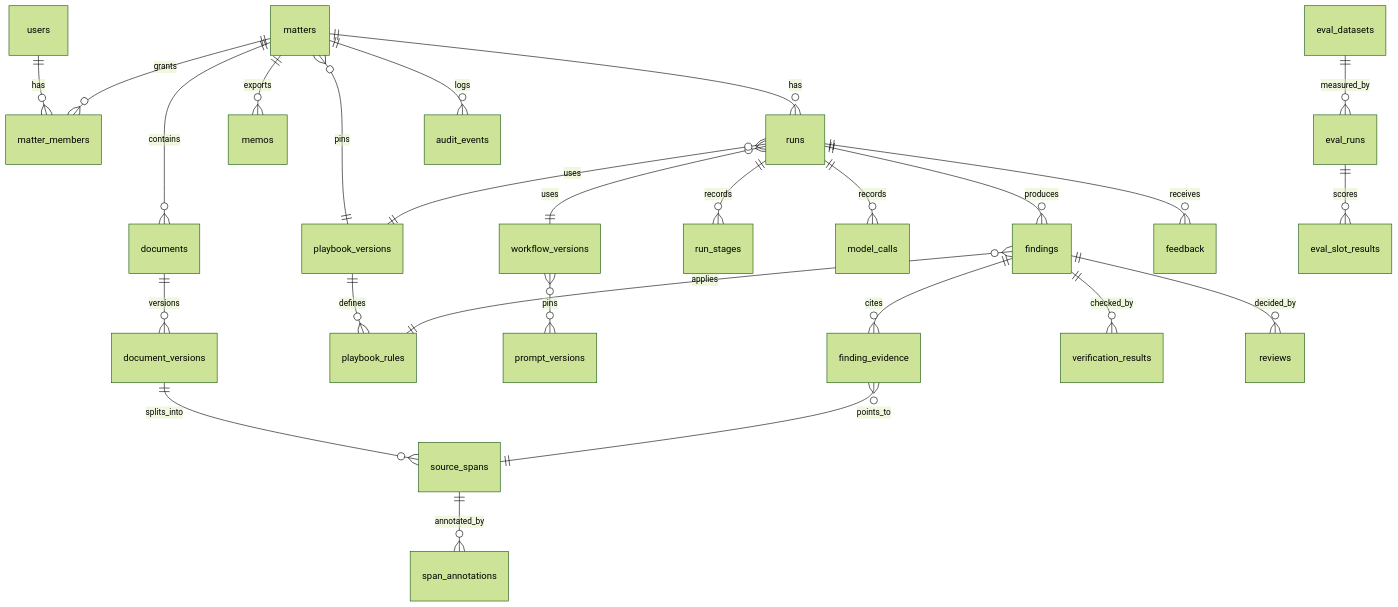
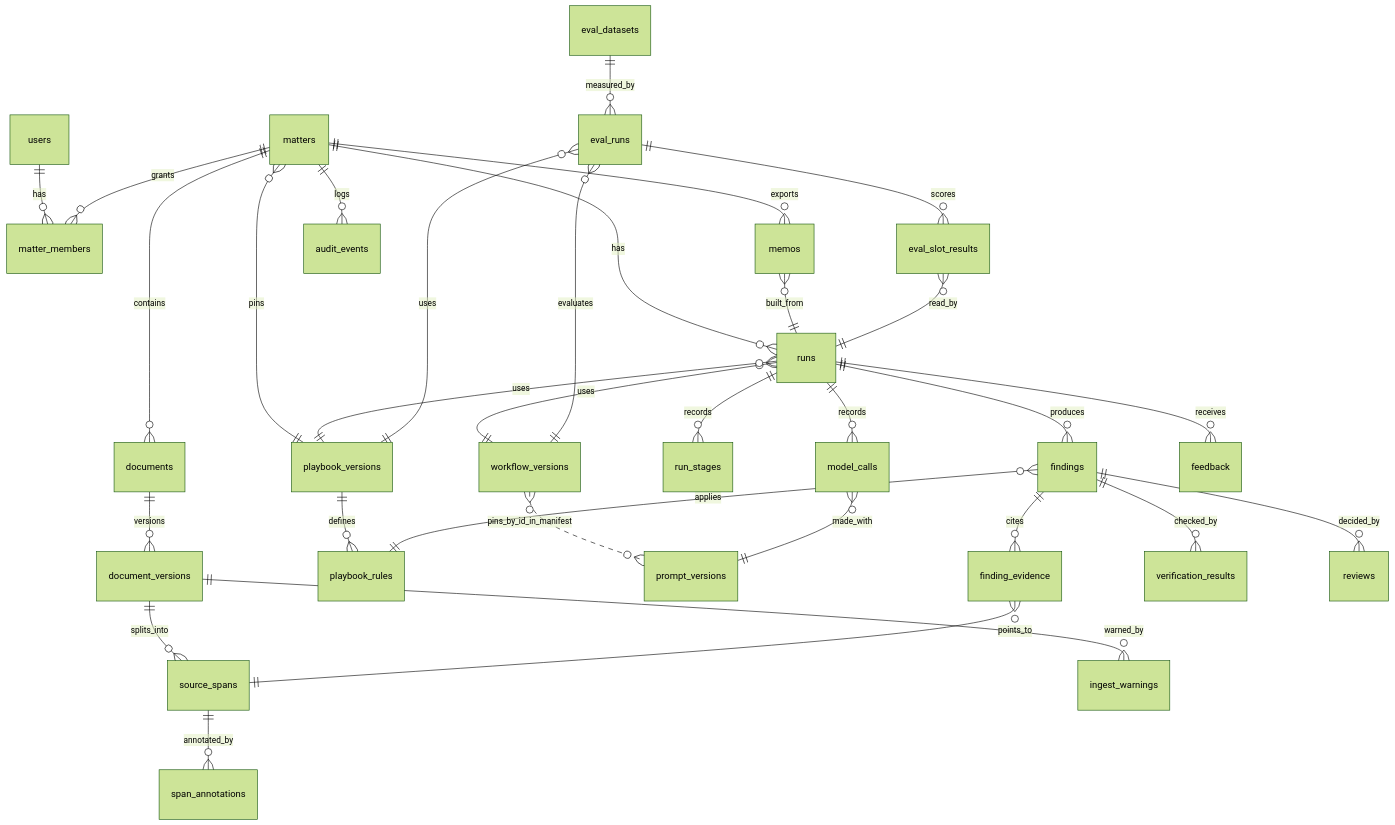
The diagram in docs/parol/03-data-model-and-contracts.md (Silicon-Docket/clausewise), drawn with Mermaid (forest theme) before and after one commit. The commit also changed other lines of this file and 8 other files, not shown here.

````diff
--- a/docs/parol/03-data-model-and-contracts.md
+++ b/docs/parol/03-data-model-and-contracts.md
@@ -70,28 +100,34 @@
 ```mermaid
 erDiagram
   users ||--o{ matter_members : has
   matters ||--o{ matter_members : grants
   matters ||--o{ documents : contains
   documents ||--o{ document_versions : versions
   document_versions ||--o{ source_spans : splits_into
+  document_versions ||--o{ ingest_warnings : warned_by
   source_spans ||--o{ span_annotations : annotated_by
   playbook_versions ||--o{ playbook_rules : defines
   matters }o--|| playbook_versions : pins
-  workflow_versions }o--o{ prompt_versions : pins
+  workflow_versions }o..o{ prompt_versions : pins_by_id_in_manifest
   matters ||--o{ runs : has
   runs }o--|| workflow_versions : uses
   runs }o--|| playbook_versions : uses
   runs ||--o{ run_stages : records
   runs ||--o{ model_calls : records
+  model_calls }o--|| prompt_versions : made_with
   runs ||--o{ findings : produces
   findings }o--|| playbook_rules : applies
   findings ||--o{ finding_evidence : cites
   finding_evidence }o--|| source_spans : points_to
   findings ||--o{ verification_results : checked_by
   findings ||--o{ reviews : decided_by
   matters ||--o{ memos : exports
+  memos }o--|| runs : built_from
   runs ||--o{ feedback : receives
   eval_datasets ||--o{ eval_runs : measured_by
+  eval_runs }o--|| workflow_versions : evaluates
+  eval_runs }o--|| playbook_versions : uses
   eval_runs ||--o{ eval_slot_results : scores
+  eval_slot_results }o--|| runs : read_by
   matters ||--o{ audit_events : logs
 ```
````
